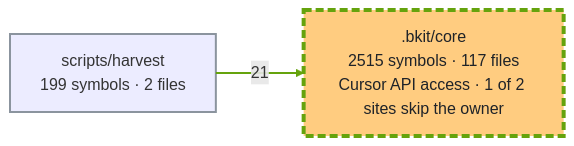
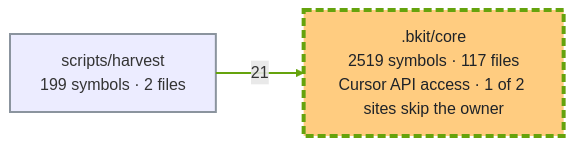
One commit to cbartens/bkit changed the second of 3 diagrams in docs/capabilities.md. Above: the diagram before and after it, drawn with Mermaid. The commit also changed other lines of this file, not shown here.

Commit message:
chore(703-standardise-question-option): refresh the capability register bkit [skip ci]

````diff
--- a/docs/capabilities.md
+++ b/docs/capabilities.md
@@ -169,16 +169,16 @@
 ```mermaid
 ---
 config:
   layout: elk
   flowchart:
     useMaxWidth: false
 ---
 flowchart LR
-  %% Generated by bkit-graphify-rollup.py from b9fbf93103cc8a27befda84a5a7ab20a0c69ef99 — do not edit
-  n_bkit_core[".bkit/core<br/>2515 symbols · 117 files<br/>Cursor API access · 1 of 2 sites skip the owner"]
+  %% Generated by bkit-graphify-rollup.py from ce9a4c97789625bb51f8d5bae595f7584fb9941e — do not edit
+  n_bkit_core[".bkit/core<br/>2519 symbols · 117 files<br/>Cursor API access · 1 of 2 sites skip the owner"]
   nscripts_harvest["scripts/harvest<br/>199 symbols · 2 files"]
   nscripts_harvest -->|21| n_bkit_core
   style n_bkit_core stroke:#65a30d,stroke-width:4px,stroke-dasharray:8 4,fill:#ffcc80,color:#1f2328
   style nscripts_harvest stroke:#8b949e,stroke-width:2px
   linkStyle 0 stroke:#65a30d,stroke-width:2px
 ```
````
